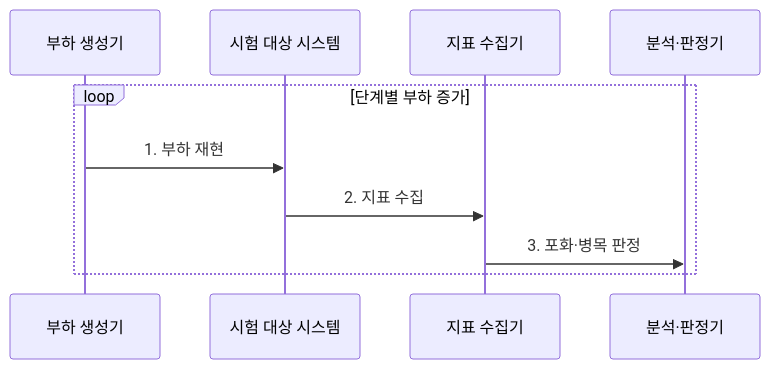
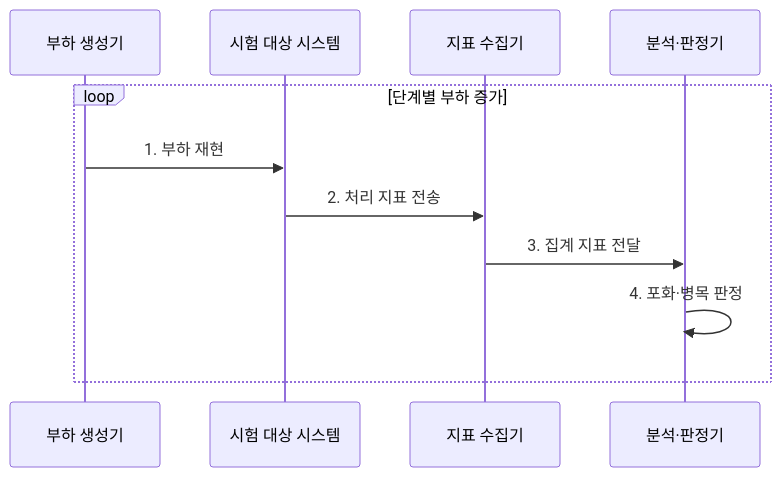
One commit to agnusdei1207/knowledge-base changed the second of 2 diagrams in src/content/docs/notes/03-software/222_performance_test_metrics.md. Above: the diagram before and after it, drawn with Mermaid. The commit also changed other lines of this file and 9 other files, not shown here.

````diff
--- a/src/content/docs/notes/03-software/222_performance_test_metrics.md
+++ b/src/content/docs/notes/03-software/222_performance_test_metrics.md
@@ -85,13 +91,14 @@
 ```mermaid
 sequenceDiagram
     participant G as 부하 생성기
     participant S as 시험 대상 시스템
     participant M as 지표 수집기
     participant A as 분석·판정기
     loop 단계별 부하 증가
         G->>S: 1. 부하 재현
-        S->>M: 2. 지표 수집
-        M->>A: 3. 포화·병목 판정
+        S->>M: 2. 처리 지표 전송
+        M->>A: 3. 집계 지표 전달
+        A->>A: 4. 포화·병목 판정
     end
 
 ```
````
